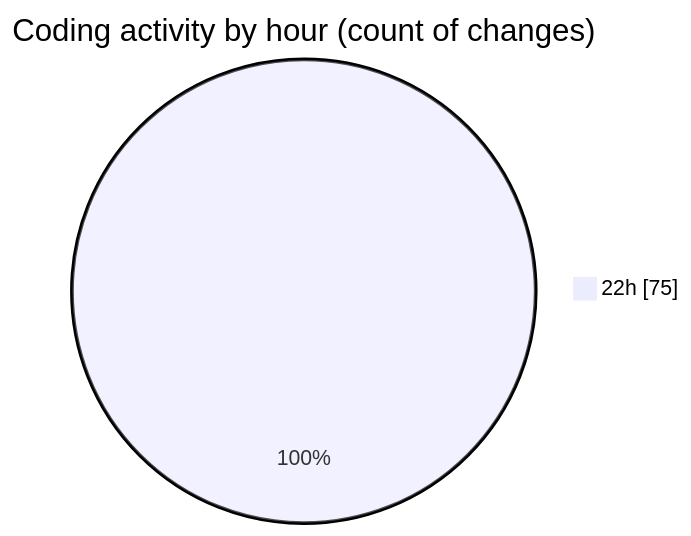
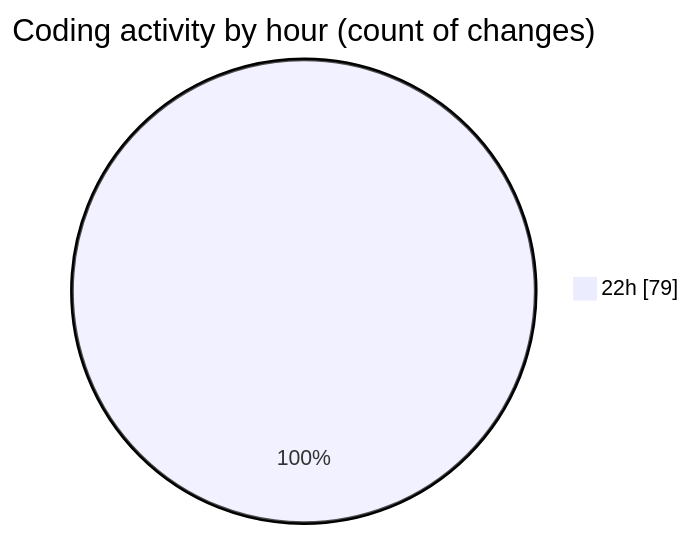
The second of 2 diagrams in 2026-01-10/dsa/README.md (Ritupan-Deka/code-tracking), drawn with Mermaid before and after one commit. The commit also changed other lines of this file and 1 other file, not shown here.

````diff
--- a/2026-01-10/dsa/README.md
+++ b/2026-01-10/dsa/README.md
@@ -30,5 +30,5 @@
 ```mermaid
 pie showData
 title Coding activity by hour (count of changes)
-"22h" : 75
+"22h" : 79
 ```
````
